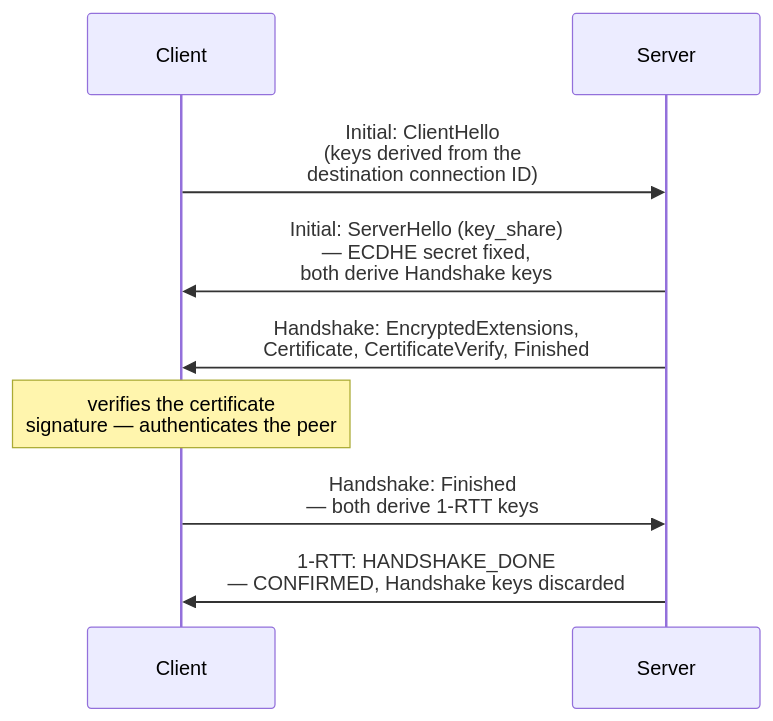
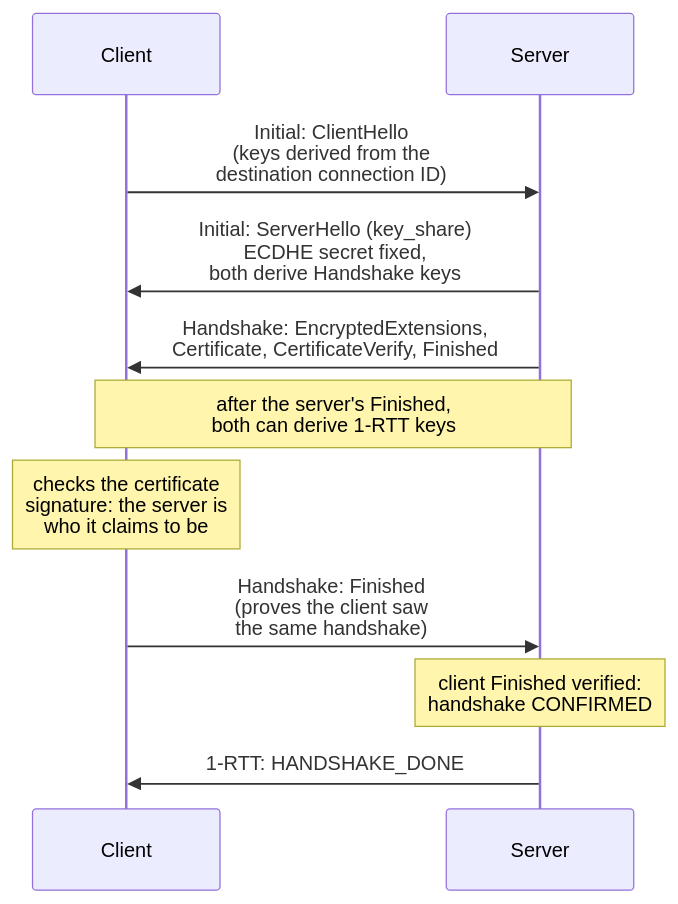
Before and after one commit to Hakkadaikon/wired: the third of 9 diagrams in docs/arch/overview.md, drawn with Mermaid. The commit also changed other lines of this file, not shown here.

````diff
--- a/docs/arch/overview.md
+++ b/docs/arch/overview.md
@@ -113,11 +159,13 @@
 ```mermaid
 sequenceDiagram
     participant C as Client
     participant S as Server
     C->>S: Initial: ClientHello<br/>(keys derived from the<br/>destination connection ID)
-    S->>C: Initial: ServerHello (key_share)<br/>— ECDHE secret fixed,<br/>both derive Handshake keys
+    S->>C: Initial: ServerHello (key_share)<br/>ECDHE secret fixed,<br/>both derive Handshake keys
     S->>C: Handshake: EncryptedExtensions,<br/>Certificate, CertificateVerify, Finished
-    Note over C: verifies the certificate<br/>signature — authenticates the peer
-    C->>S: Handshake: Finished<br/>— both derive 1-RTT keys
-    S->>C: 1-RTT: HANDSHAKE_DONE<br/>— CONFIRMED, Handshake keys discarded
+    Note over C,S: after the server's Finished,<br/>both can derive 1-RTT keys
+    Note over C: checks the certificate<br/>signature: the server is<br/>who it claims to be
+    C->>S: Handshake: Finished<br/>(proves the client saw<br/>the same handshake)
+    Note over S: client Finished verified:<br/>handshake CONFIRMED
+    S->>C: 1-RTT: HANDSHAKE_DONE
 ```
````
